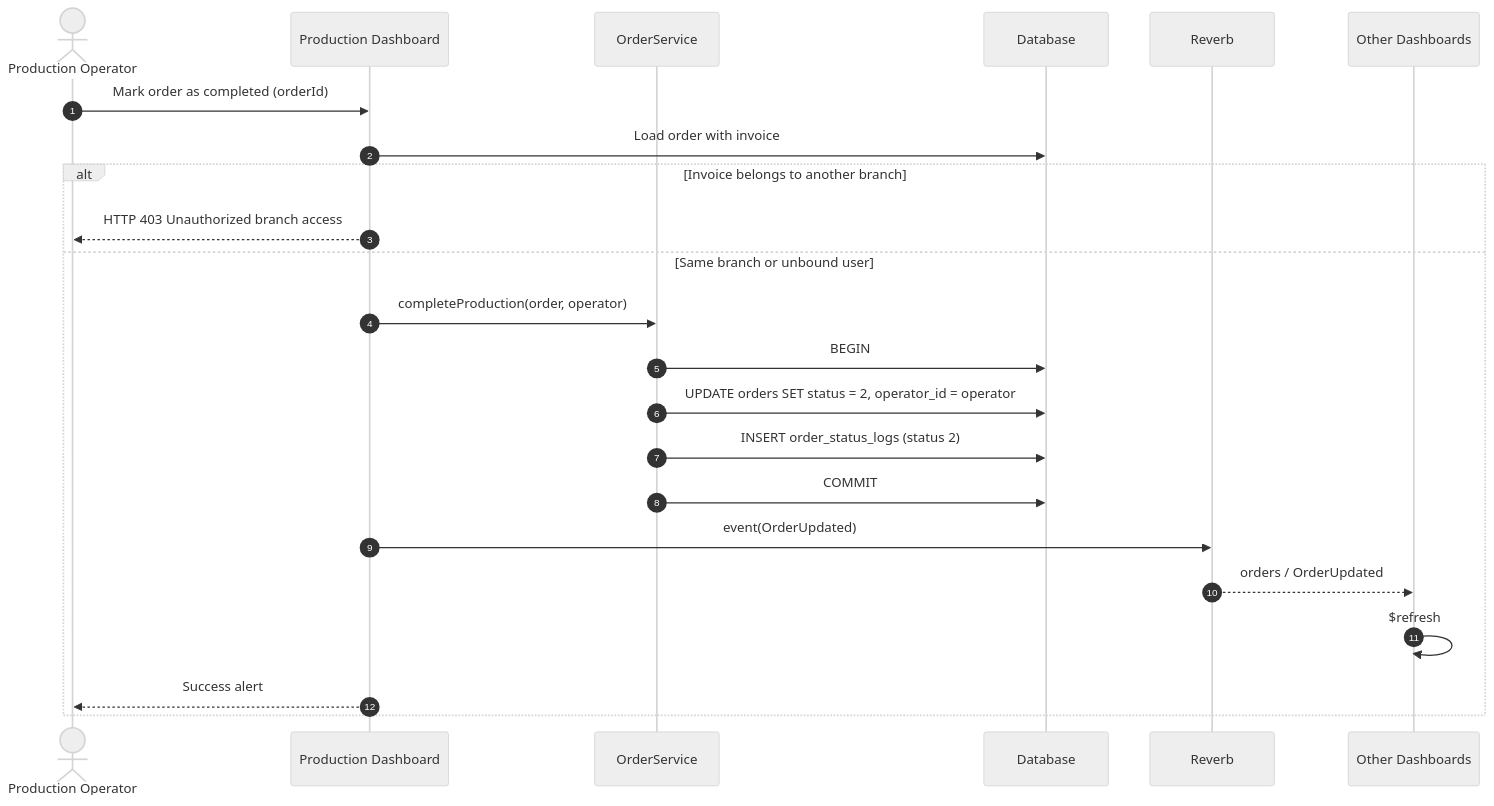
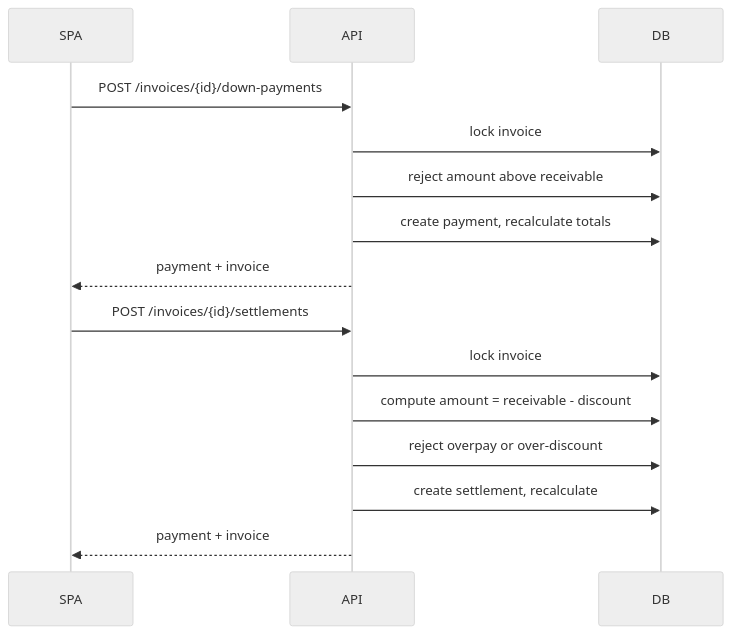
The third of 8 diagrams in docs/architecture/sequence-diagrams.md (Arukast/pos_alja), drawn with Mermaid (neutral theme) before and after one commit. The commit also changed other lines of this file and 10 other files, not shown here.

Commit message:
docs: document api-first architecture

````diff
--- a/docs/architecture/sequence-diagrams.md
+++ b/docs/architecture/sequence-diagrams.md
@@ -414,26 +47,18 @@
 ```mermaid
 sequenceDiagram
-    autonumber
-    actor P as Production Operator
-    participant UI as Production Dashboard
-    participant OS as OrderService
-    participant DB as Database
-    participant R as Reverb
-    participant Peers as Other Dashboards
+    participant SPA
+    participant API
+    participant DB
 
-    P->>UI: Mark order as completed (orderId)
-    UI->>DB: Load order with invoice
-    alt Invoice belongs to another branch
-        UI-->>P: HTTP 403 Unauthorized branch access
-    else Same branch or unbound user
-        UI->>OS: completeProduction(order, operator)
-        OS->>DB: BEGIN
-        OS->>DB: UPDATE orders SET status = 2, operator_id = operator
-        OS->>DB: INSERT order_status_logs (status 2)
-        OS->>DB: COMMIT
-        UI->>R: event(OrderUpdated)
-        R-->>Peers: orders / OrderUpdated
-        Peers->>Peers: $refresh
-        UI-->>P: Success alert
-    end
+    SPA->>API: POST /invoices/{id}/down-payments
+    API->>DB: lock invoice
+    API->>DB: reject amount above receivable
+    API->>DB: create payment, recalculate totals
+    API-->>SPA: payment + invoice
+    SPA->>API: POST /invoices/{id}/settlements
+    API->>DB: lock invoice
+    API->>DB: compute amount = receivable - discount
+    API->>DB: reject overpay or over-discount
+    API->>DB: create settlement, recalculate
+    API-->>SPA: payment + invoice
 ```
````
